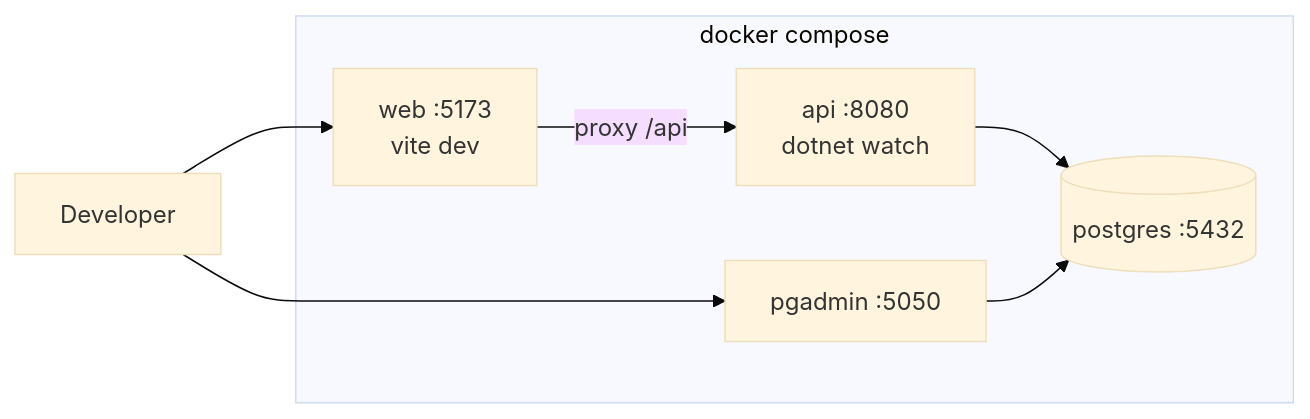
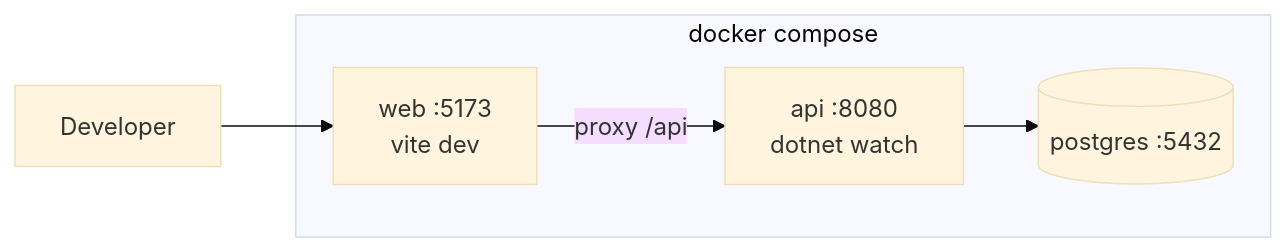
Before and after one commit to Abdulla12212/zenvokra-hr: the fourth of 4 diagrams in docs/ARCHITECTURE.md, drawn with Mermaid (base theme). The commit also changed other lines of this file and 12 other files, not shown here.

````diff
--- a/docs/ARCHITECTURE.md
+++ b/docs/ARCHITECTURE.md
@@ -174,15 +174,12 @@
 ```mermaid
 flowchart LR
     subgraph compose ["docker compose"]
         web["web :5173<br/>vite dev"]
         api["api :8080<br/>dotnet watch"]
         pg[("postgres :5432")]
-        pga["pgadmin :5050"]
     end
 
     Dev["Developer"] --> web
-    Dev --> pga
     web -->|"proxy /api"| api
     api --> pg
-    pga --> pg
 ```
````
